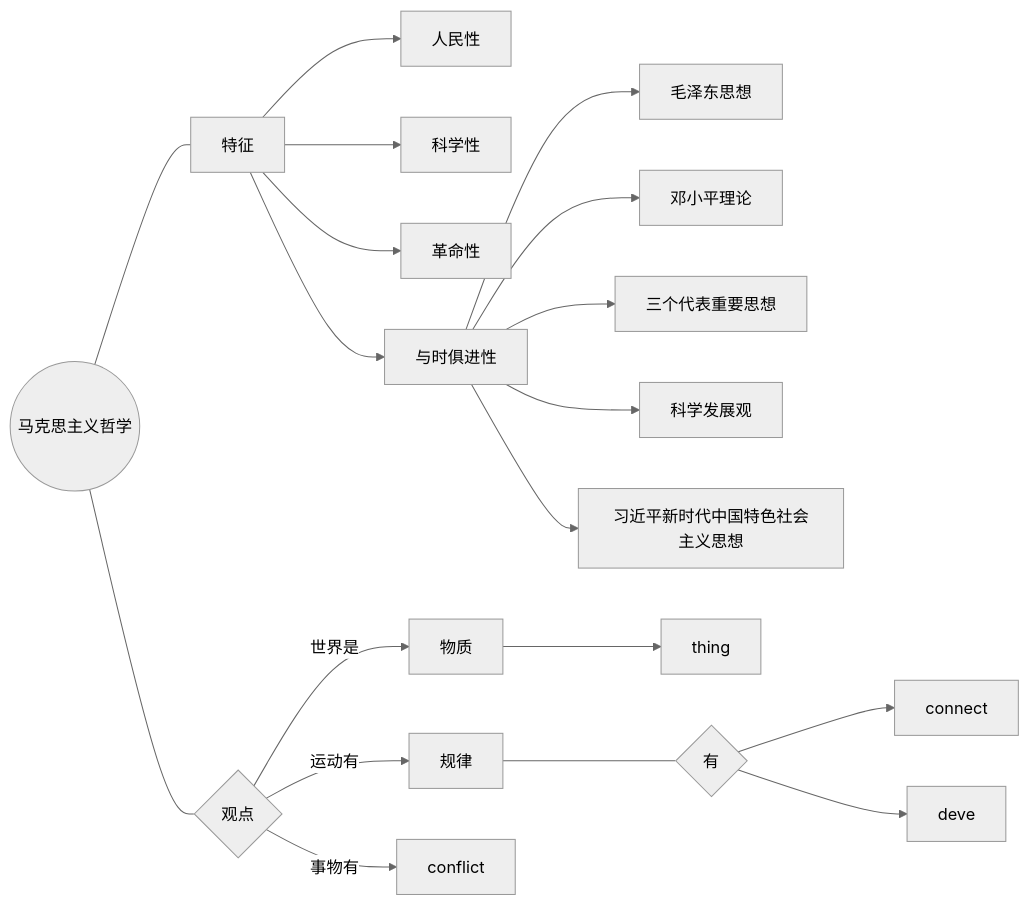
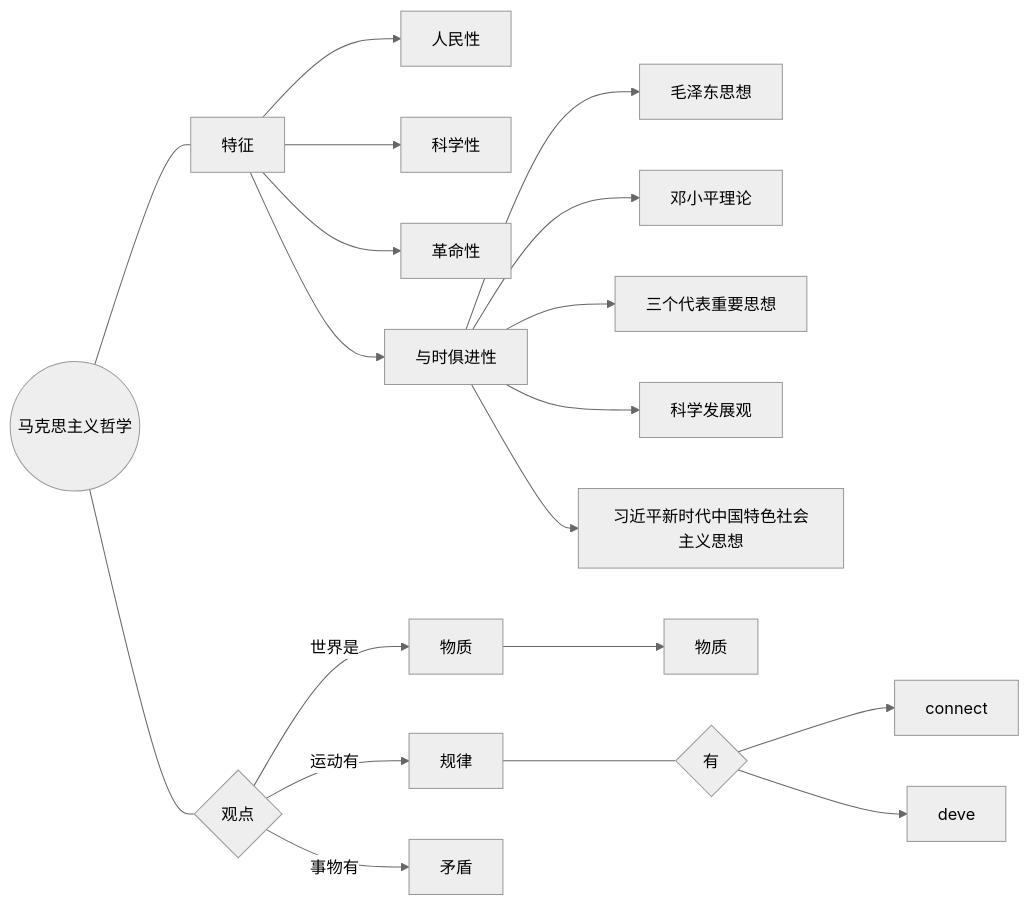
Before and after one commit to Github-DVIA/FASTlearn: the diagram in docs/art/pol/4.1/4.1.3.md, drawn with Mermaid (neutral theme). The commit also changed other lines of this file and 12 other files, not shown here.

````diff
--- a/docs/art/pol/4.1/4.1.3.md
+++ b/docs/art/pol/4.1/4.1.3.md
@@ -21,9 +21,9 @@
 ```mermaid
 graph LR
 mks((马克思主义哲学)) --- mkst[特征] --> people[人民性] & seci[科学性] & rev[革命性] & ftime[与时俱进性]
 mks --- mkss{观点}
-mkss -->|世界是| 物质 --> thing
+mkss -->|世界是| 物质 --> thing[物质]
 mkss -->|运动有| law[规律] --- lawhave{有} --> connect & deve
-mkss -->|事物有| conflict
+mkss -->|事物有| conflict[矛盾]
 ftime --> 毛泽东思想 & 邓小平理论 & 三个代表重要思想 & 科学发展观 & 习近平新时代中国特色社会主义思想
 ```
````
